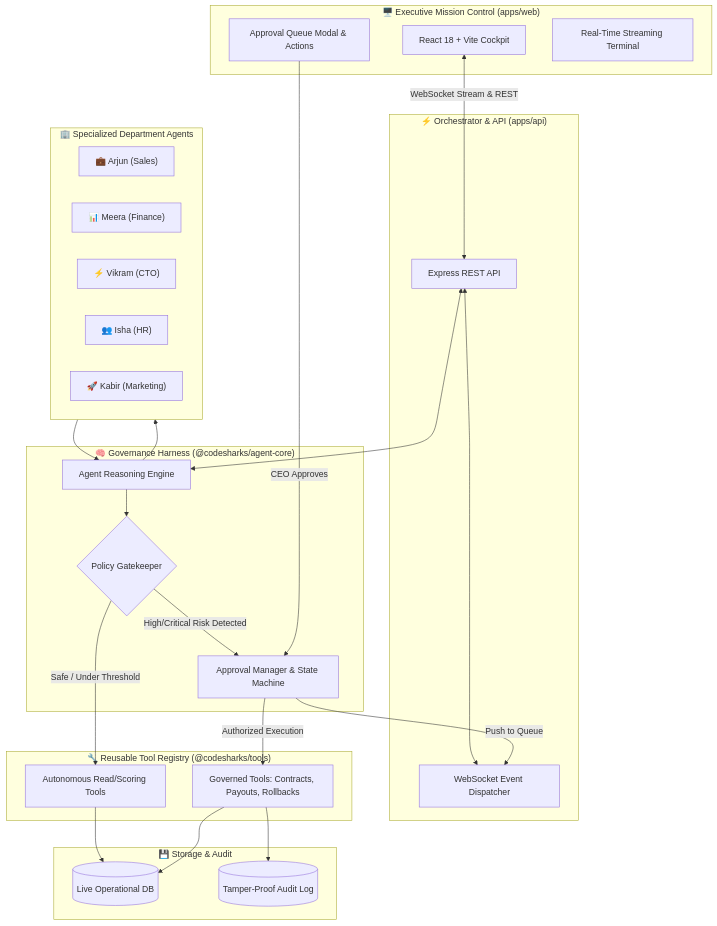
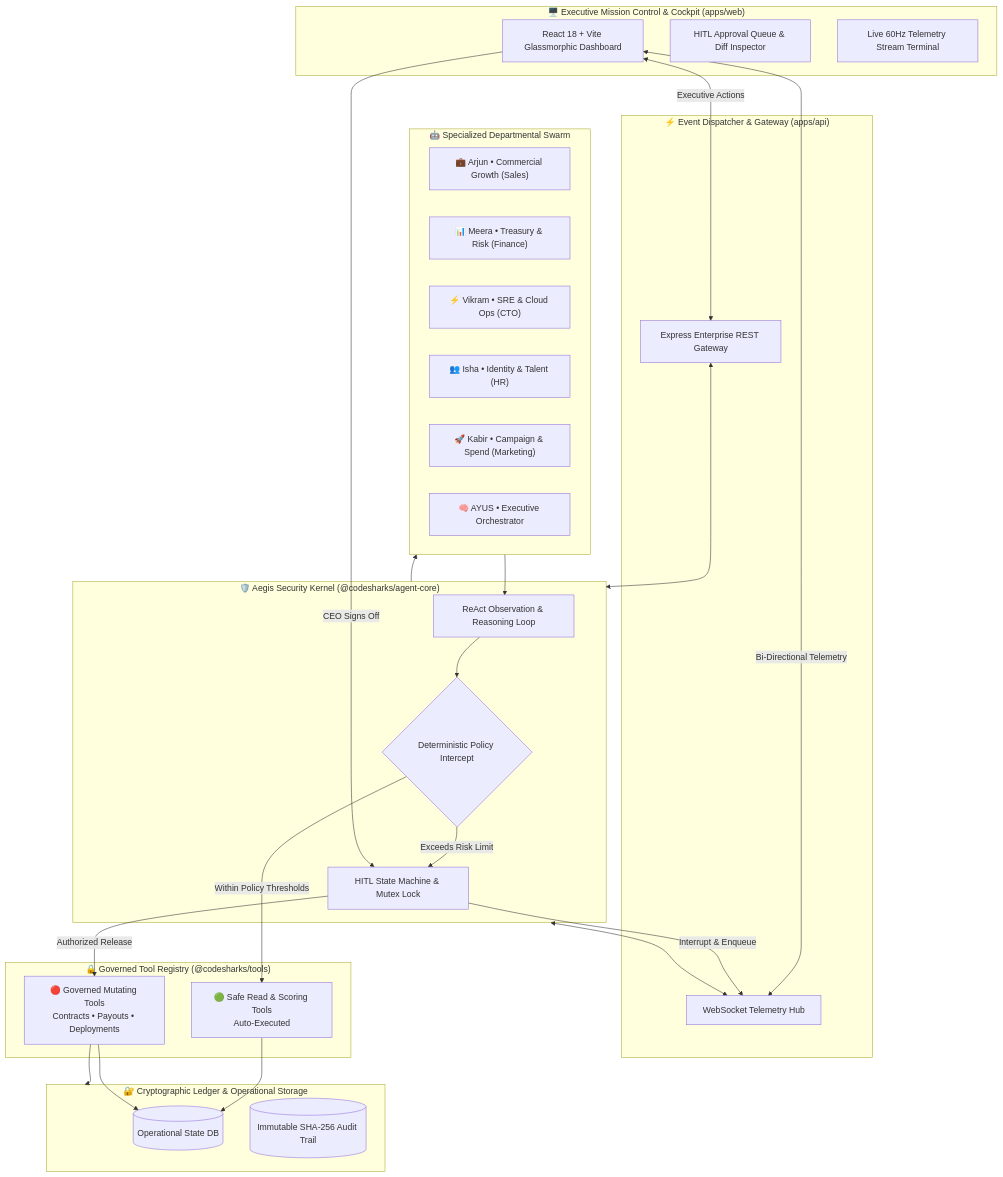
Before and after one commit to Anish974/HackPulse-CodeSharks-Harness: the diagram in README.md, drawn with Mermaid. The commit also changed other lines of this file, not shown here.

Commit message:
docs: upgrade to ultra-futuristic engaging enterprise README

````diff
--- a/README.md
+++ b/README.md
@@ -39,54 +67,58 @@
 ```mermaid
-graph TD
-    subgraph Frontend ["🖥️ Executive Mission Control (apps/web)"]
-        UI[React 18 + Vite Cockpit]
-        QueueUI[Approval Queue Modal & Actions]
-        TermUI[Real-Time Streaming Terminal]
+graph TB
+    subgraph ControlPlane ["🖥️ Executive Mission Control & Cockpit (apps/web)"]
+        Cockpit[React 18 + Vite Glassmorphic Dashboard]
+        QueueModal[HITL Approval Queue & Diff Inspector]
+        TermStream[Live 60Hz Telemetry Stream Terminal]
     end
 
-    subgraph Backend ["⚡ Orchestrator & API (apps/api)"]
-        WS[WebSocket Event Dispatcher]
-        REST[Express REST API]
+    subgraph OrchestrationPlane ["⚡ Event Dispatcher & Gateway (apps/api)"]
+        WSGateway[WebSocket Telemetry Hub]
+        RESTGateway[Express Enterprise REST Gateway]
     end
 
-    subgraph Core ["🧠 Governance Harness (@codesharks/agent-core)"]
-        Engine[Agent Reasoning Engine]
-        Policy{Policy Gatekeeper}
-        ApprMgr[Approval Manager & State Machine]
+    subgraph GovernanceKernel ["🛡️ Aegis Security Kernel (@codesharks/agent-core)"]
+        ReasonEngine[ReAct Observation & Reasoning Loop]
+        PolicyGatekeeper{Deterministic Policy Intercept}
+        ApprovalStateMachine[HITL State Machine & Mutex Lock]
     end
 
-    subgraph Departments ["🏢 Specialized Department Agents"]
-        Sales["💼 Arjun (Sales)"]
-        Finance["📊 Meera (Finance)"]
-        Tech["⚡ Vikram (CTO)"]
-        HR["👥 Isha (HR)"]
-        Mktg["🚀 Kabir (Marketing)"]
+    subgraph AutonomousSwarm ["🤖 Specialized Departmental Swarm"]
+        Arjun["💼 Arjun • Commercial Growth (Sales)"]
+        Meera["📊 Meera • Treasury & Risk (Finance)"]
+        Vikram["⚡ Vikram • SRE & Cloud Ops (CTO)"]
+        Isha["👥 Isha • Identity & Talent (HR)"]
+        Kabir["🚀 Kabir • Campaign & Spend (Marketing)"]
+        AYUS["🧠 AYUS • Executive Orchestrator"]
     end
 
-    subgraph Tools ["🔧 Reusable Tool Registry (@codesharks/tools)"]
-        SafeTools[Autonomous Read/Scoring Tools]
-        CriticalTools[Governed Tools: Contracts, Payouts, Rollbacks]
+    subgraph ToolSandbox ["🔒 Governed Tool Registry (@codesharks/tools)"]
+        SafeTools[🟢 Safe Read & Scoring Tools<br/>Auto-Executed]
+        GovernedTools[🔴 Governed Mutating Tools<br/>Contracts • Payouts • Deployments]
     end
 
-    subgraph State ["💾 Storage & Audit"]
-        DB[(Live Operational DB)]
-        Audit[(Tamper-Proof Audit Log)]
+    subgraph AuditVault ["🔐 Cryptographic Ledger & Operational Storage"]
+        LiveDB[(Operational State DB)]
+        AuditLog[(Immutable SHA-256 Audit Trail)]
     end
 
-    UI <-->|WebSocket Stream & REST| REST
-    REST <--> WS
-    REST <--> Engine
-    Engine --> Departments
-    Departments --> Engine
-    Engine --> Policy
+    Cockpit <-->|Bi-Directional Telemetry| WSGateway
+    Cockpit <-->|Executive Actions| RESTGateway
+    RESTGateway <--> GovernanceKernel
+    WSGateway <--> GovernanceKernel
 
-    Policy -->|Safe / Under Threshold| SafeTools
-    Policy -->|High/Critical Risk Detected| ApprMgr
-    ApprMgr -->|Push to Queue| WS
-    QueueUI -->|CEO Approves| ApprMgr
-    ApprMgr -->|Authorized Execution| CriticalTools
+    GovernanceKernel --> AutonomousSwarm
+    AutonomousSwarm --> ReasonEngine
+    ReasonEngine --> PolicyGatekeeper
 
-    SafeTools --> DB
-    CriticalTools --> DB
-    CriticalTools --> Audit
+    PolicyGatekeeper -->|Within Policy Thresholds| SafeTools
+    PolicyGatekeeper -->|Exceeds Risk Limit| ApprovalStateMachine
+
+    ApprovalStateMachine -->|Interrupt & Enqueue| WSGateway
+    Cockpit -->|CEO Signs Off| ApprovalStateMachine
+    ApprovalStateMachine -->|Authorized Release| GovernedTools
+
+    SafeTools --> LiveDB
+    GovernedTools --> LiveDB
+    GovernedTools --> AuditVault
 ```
````
